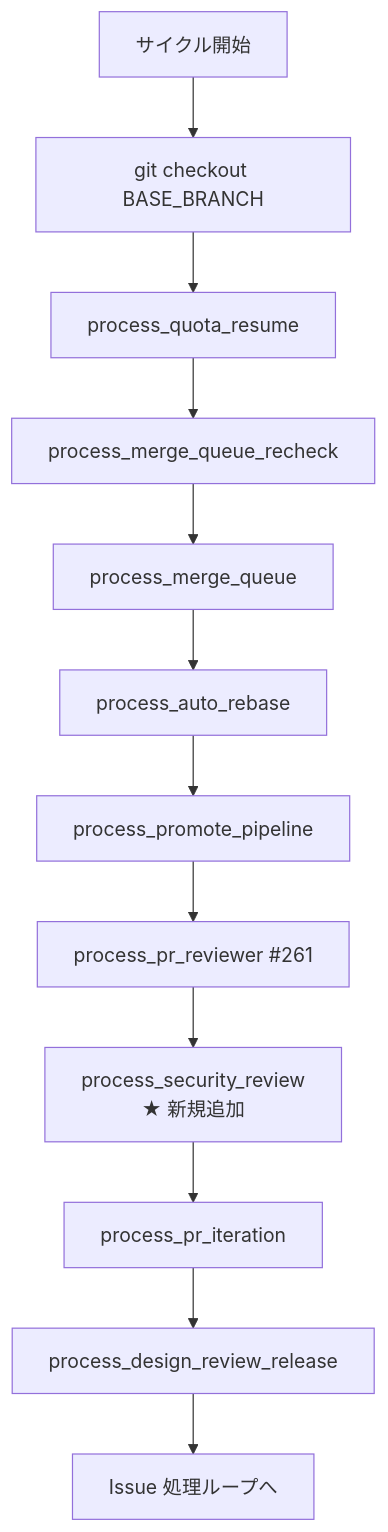
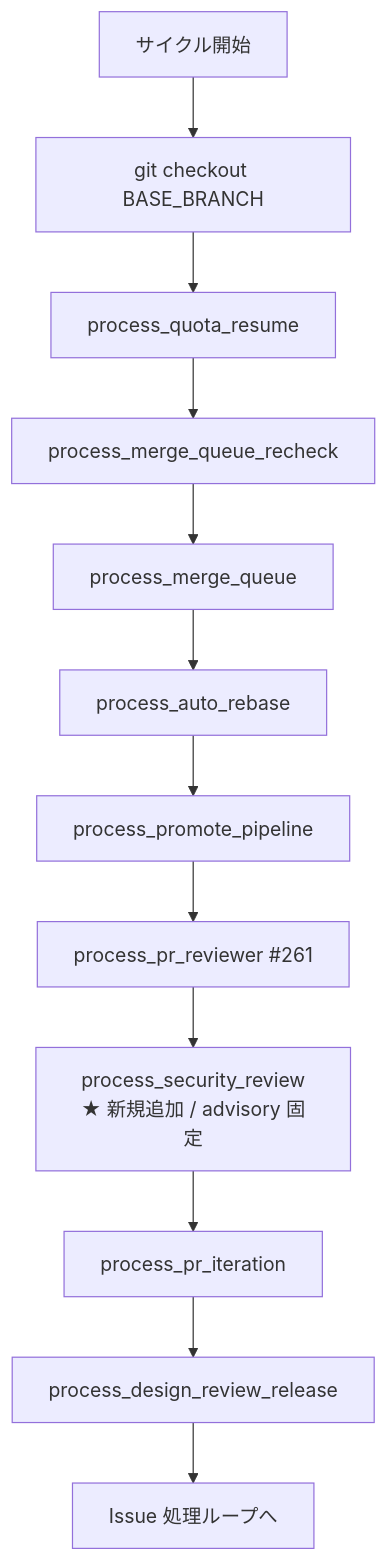
Before and after one commit to hitoshiichikawa/idd-claude: the first of 2 diagrams in docs/specs/279-feat-watcher-security-review-opt-in-pr-d/design.md, drawn with Mermaid. The commit also changed other lines of this file and 2 other files, not shown here.

First line of the commit message:
spec(#279): PR レビュー round 1 反映（clean コメント / security-notes.md / model 4-8 / strict 分割）

````diff
--- a/docs/specs/279-feat-watcher-security-review-opt-in-pr-d/design.md
+++ b/docs/specs/279-feat-watcher-security-review-opt-in-pr-d/design.md
@@ -112,14 +117,14 @@
 ```mermaid
 flowchart TD
     A[サイクル開始] --> B[git checkout BASE_BRANCH]
     B --> C[process_quota_resume]
     C --> D[process_merge_queue_recheck]
     D --> E[process_merge_queue]
     E --> F[process_auto_rebase]
     F --> G[process_promote_pipeline]
     G --> H[process_pr_reviewer #261]
-    H --> X[process_security_review<br/>★ 新規追加]
+    H --> X[process_security_review<br/>★ 新規追加 / advisory 固定]
     X --> I[process_pr_iteration]
     I --> J[process_design_review_release]
     J --> K[Issue 処理ループへ]
 ```
````
